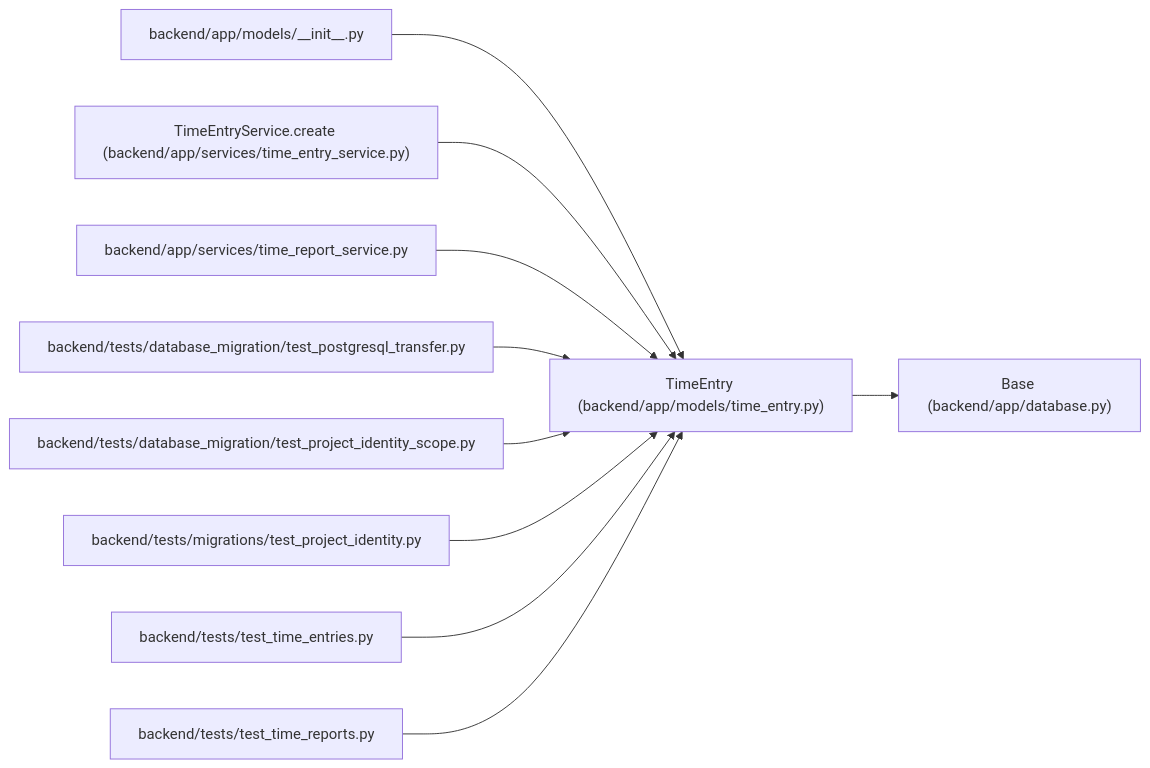
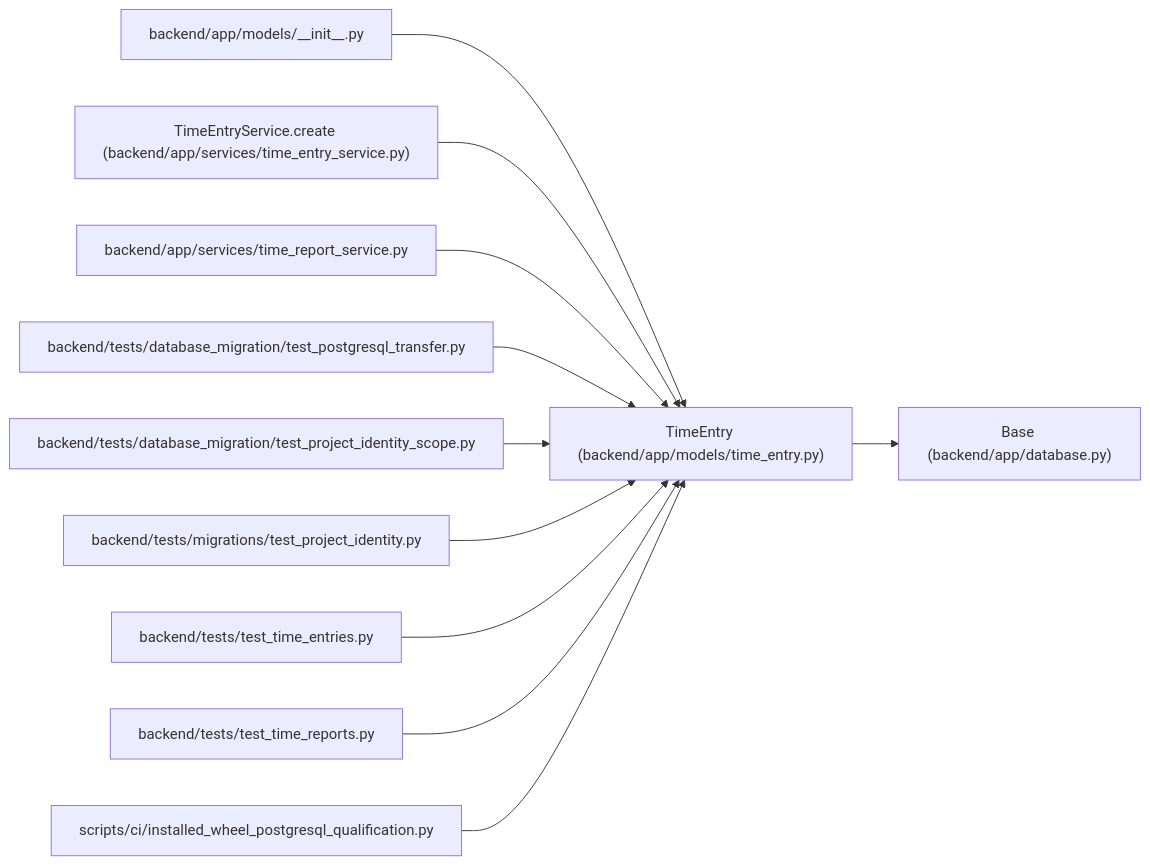
The diagram in docs/llm_wiki/entities/models_time_entry_TimeEntry.md (Denissvgn/WorkChord), drawn with Mermaid before and after one commit. The commit also changed other lines of this file and 271 other files, not shown here.

````diff
--- a/docs/llm_wiki/entities/models_time_entry_TimeEntry.md
+++ b/docs/llm_wiki/entities/models_time_entry_TimeEntry.md
@@ -39,32 +39,35 @@
 ```mermaid
 flowchart LR
     n0["TimeEntry (backend/app/models/time_entry.py)"]
     n1["Base (backend/app/database.py)"]
     n2["backend/app/models/__init__.py"]
     n3["TimeEntryService.create (backend/app/services/time_entry_service.py)"]
     n4["backend/app/services/time_report_service.py"]
     n5["backend/tests/database_migration/test_postgresql_transfer.py"]
     n6["backend/tests/database_migration/test_project_identity_scope.py"]
     n7["backend/tests/migrations/test_project_identity.py"]
     n8["backend/tests/test_time_entries.py"]
     n9["backend/tests/test_time_reports.py"]
+    n10["scripts/ci/installed_wheel_postgresql_qualification.py"]
     n0 --> n1
     n2 --> n0
     n3 --> n0
     n4 --> n0
     n5 --> n0
     n6 --> n0
     n7 --> n0
     n8 --> n0
     n9 --> n0
+    n10 --> n0
     click n0 "../modules/models_time_entry.md"
     click n1 "../modules/app_database.md"
     click n2 "../modules/models___init__.md"
     click n3 "../modules/time_entry_service.md"
     click n4 "../modules/time_report_service.md"
     click n5 "../modules/test_postgresql_transfer.md"
     click n6 "../modules/test_project_identity_scope.md"
     click n7 "../modules/test_project_identity.md"
     click n8 "../modules/test_time_entries.md"
     click n9 "../modules/test_time_reports.md"
+    click n10 "../modules/installed_wheel_postgresql_qualification.md"
 ```
````
